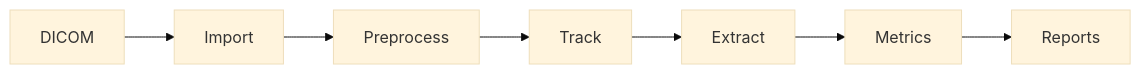
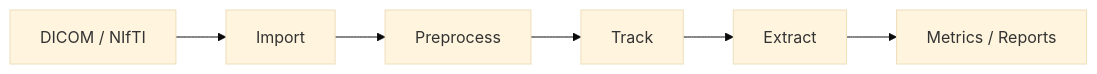
The diagram in docs/index.md (ravenholm462/csttool), drawn with Mermaid (base theme) before and after one commit. The commit also changed other lines of this file, not shown here.

Commit message:
changed pipeline description

````diff
--- a/docs/index.md
+++ b/docs/index.md
@@ -19,9 +19,8 @@
 ```mermaid
 graph LR
-    A[DICOM] --> B[Import]
+    A[DICOM / NIfTI] --> B[Import]
     B --> C[Preprocess]
     C --> D[Track]
     D --> E[Extract]
-    E --> F[Metrics]
-    F --> G[Reports]
+    E --> F[Metrics / Reports]
 ```
````
